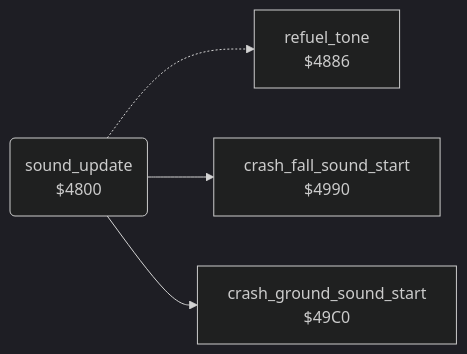
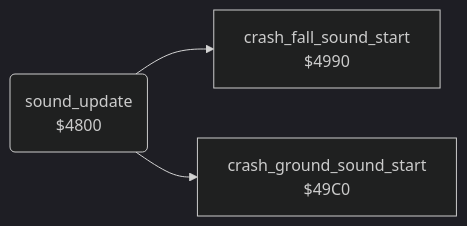
Before and after one commit to henols/c64_games: the diagram in falcon_patrol/docs/reference/modules/sound/sound_update.md, drawn with Mermaid (dark theme). The commit also changed other lines of this file and 1100 other files, not shown here.

````diff
--- a/falcon_patrol/docs/reference/modules/sound/sound_update.md
+++ b/falcon_patrol/docs/reference/modules/sound/sound_update.md
@@ -10,10 +16,8 @@
 ```mermaid
 flowchart LR
   n4800("sound_update<br/>$4800")
-  n4886["refuel_tone<br/>$4886"]
   n4990["crash_fall_sound_start<br/>$4990"]
   n49c0["crash_ground_sound_start<br/>$49C0"]
-  n4800 -.-> n4886
   n4800 --> n4990
   n4800 --> n49c0
 ```
````
